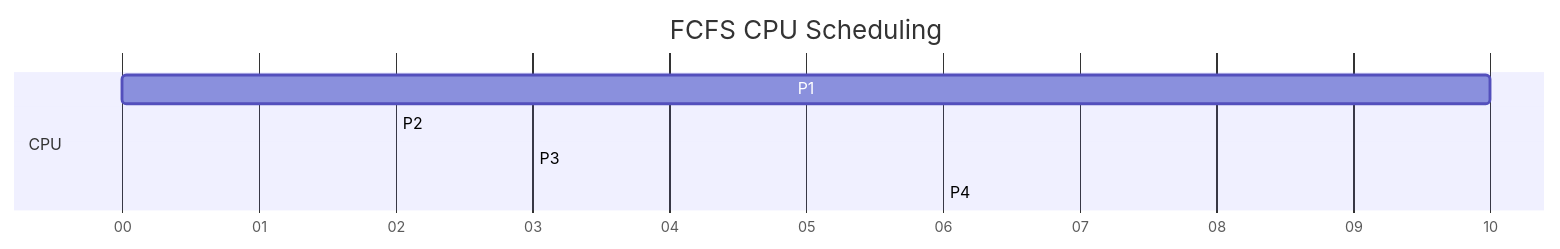
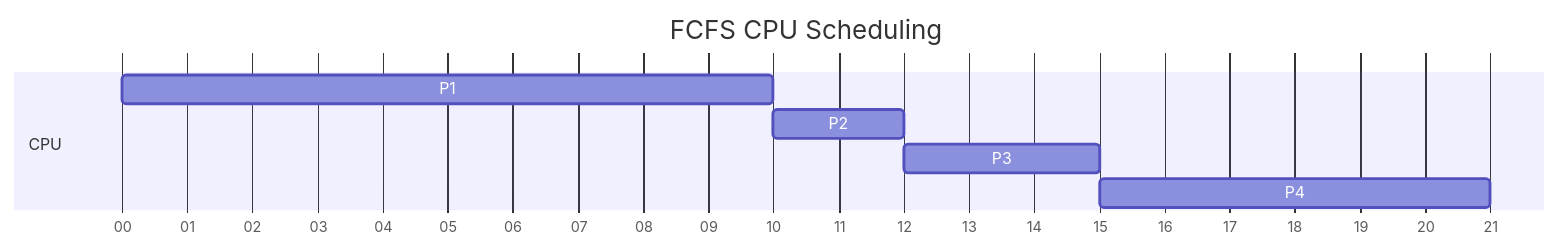
One commit to TaiChi112/Documents changed the first of 5 diagrams in Operating_System/LAB/lab5/main.md. Above: the diagram before and after it, drawn with Mermaid. The commit also changed other lines of this file, not shown here.

Commit message:
fix: Update Gantt charts for FCFS, SJF, SRTF, and Round Robin CPU scheduling algorithms to correct timing and sequence

````diff
--- a/Operating_System/LAB/lab5/main.md
+++ b/Operating_System/LAB/lab5/main.md
@@ -16,11 +16,11 @@
 ```mermaid
 gantt
     title FCFS CPU Scheduling
     dateFormat s
     axisFormat %S
     section CPU
     P1 :0, 10
-    P2 :10, 2
-    P3 :12, 3
-    P4 :15, 6
+    P2 :10, 12
+    P3 :12, 15
+    P4 :15, 21
 ```
````
